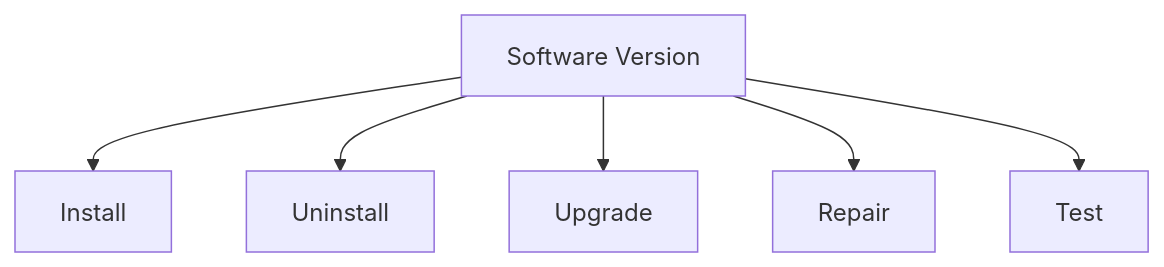
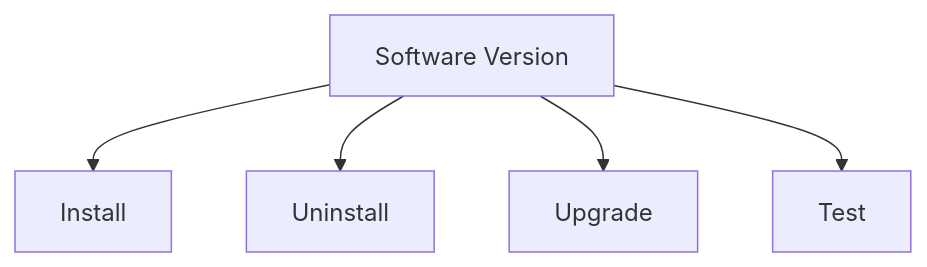
Before and after one commit to immense/immybot-documentation: the fourth of 6 diagrams in Documentation/Reference/terminology.md, drawn with Mermaid. The commit also changed other lines of this file and 22 other files, not shown here.

````diff
--- a/Documentation/Reference/terminology.md
+++ b/Documentation/Reference/terminology.md
@@ -171,8 +163,7 @@
 ```mermaid
 graph TD
     C[Software Version] --> Install
     C --> Uninstall
     C --> Upgrade
-    C --> Repair
     C --> Test
 ```
````
